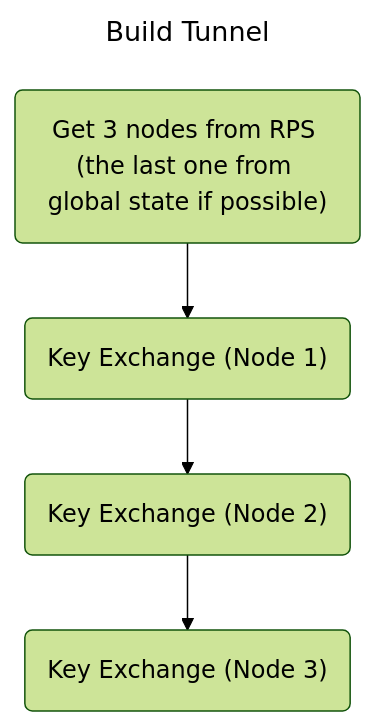
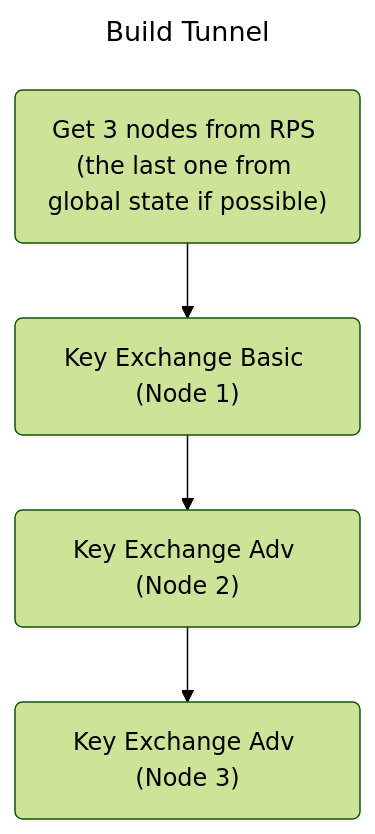
Before and after one commit to kandelak/onion-book: the fifth of 6 diagrams in src/reports/midterm_report.md, drawn with Mermaid (forest theme). The commit also changed other lines of this file, not shown here.

Commit message:
add: key exchange diagram

````diff
--- a/src/reports/midterm_report.md
+++ b/src/reports/midterm_report.md
@@ -187,9 +187,9 @@
 ```mermaid
 ---
 title: Build Tunnel
 ---
 flowchart TD
-    A("Get 3 nodes from RPS (the last one from global state if possible)") --> B("Key Exchange (Node 1)")
-    B --> C("Key Exchange (Node 2)")
-    C --> D("Key Exchange (Node 3)")
+    A("Get 3 nodes from RPS (the last one from global state if possible)") --> B("Key Exchange Basic (Node 1)")
+    B --> C("Key Exchange Adv (Node 2)")
+    C --> D("Key Exchange Adv (Node 3)")
 ```
````
